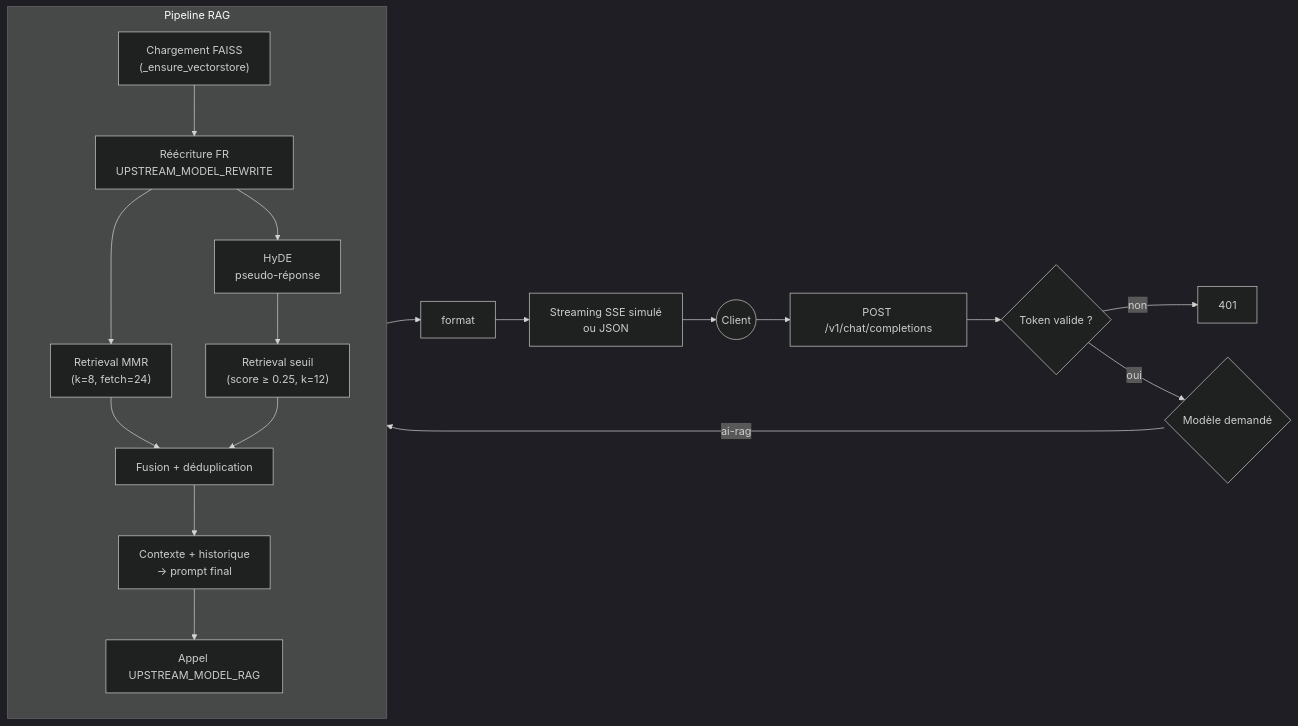
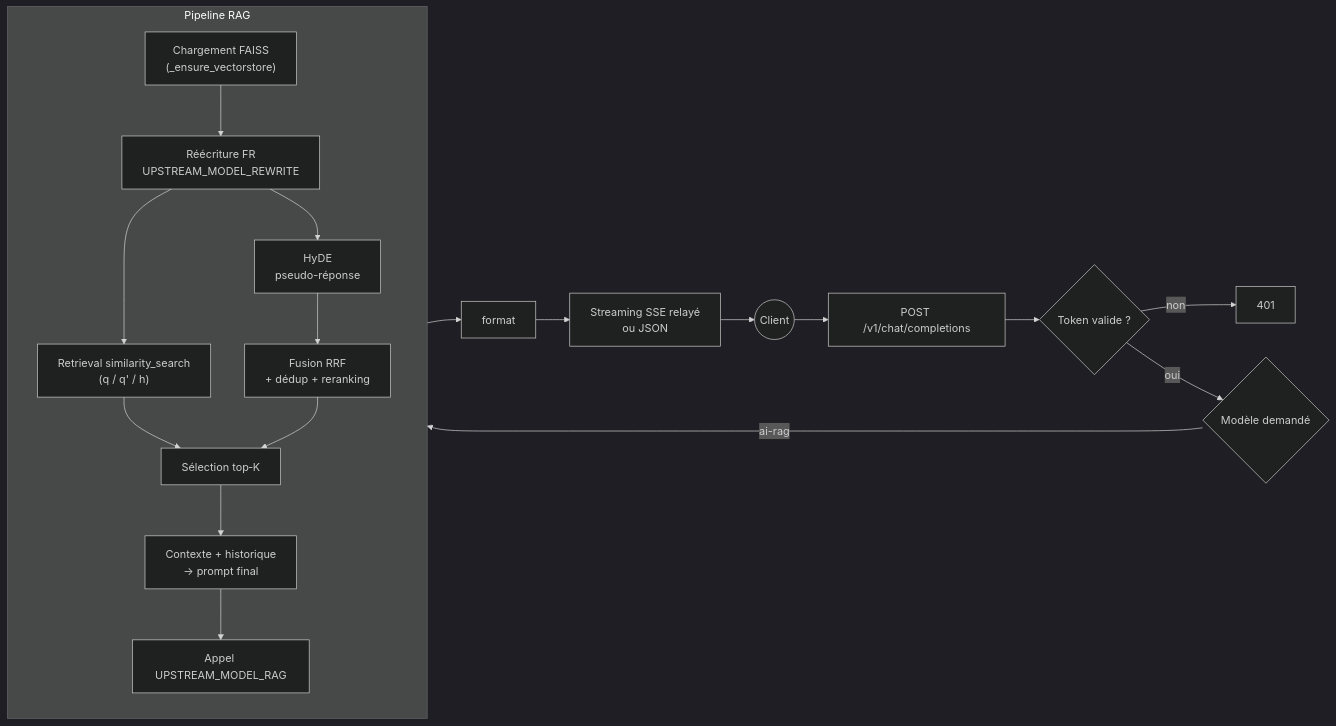
Before and after one commit to ynotopec/api-rag: the diagram in README.md, drawn with Mermaid (dark theme). The commit also changed other lines of this file, not shown here.

````diff
--- a/README.md
+++ b/README.md
@@ -40,32 +40,32 @@
 ```mermaid
 flowchart LR
     client((Client)) --> req["POST /v1/chat/completions"]
     req --> auth{Token valide ?}
     auth -->|non| err[401]
     auth -->|oui| dispatch{Modèle demandé}
 
     subgraph rag[Pipeline RAG]
         direction TB
         ensure["Chargement FAISS<br/>(_ensure_vectorstore)"]
         rewrite["Réécriture FR<br/>UPSTREAM_MODEL_REWRITE"]
         hyde["HyDE<br/>pseudo-réponse"]
-        retriever_mmr["Retrieval MMR<br/>(k=8, fetch=24)"]
-        retriever_thresh["Retrieval seuil<br/>(score ≥ 0.25, k=12)"]
-        dedup["Fusion + déduplication"]
+        retriever_mmr["Retrieval similarity_search<br/>(q / q' / h)"]
+        retriever_thresh["Fusion RRF<br/>+ dédup + reranking"]
+        dedup["Sélection top‑K"]
         prompt["Contexte + historique<br/>→ prompt final"]
         rag_call["Appel UPSTREAM_MODEL_RAG"]
         ensure --> rewrite
         rewrite --> retriever_mmr
         rewrite --> hyde
         hyde --> retriever_thresh
         retriever_mmr --> dedup
         retriever_thresh --> dedup
         dedup --> prompt
         prompt --> rag_call
     end
 
     dispatch -->|ai-rag| ensure
     rag_call --> format
-    format --> stream["Streaming SSE simulé<br/>ou JSON"]
+    format --> stream["Streaming SSE relayé<br/>ou JSON"]
     stream --> client
 ```
````
